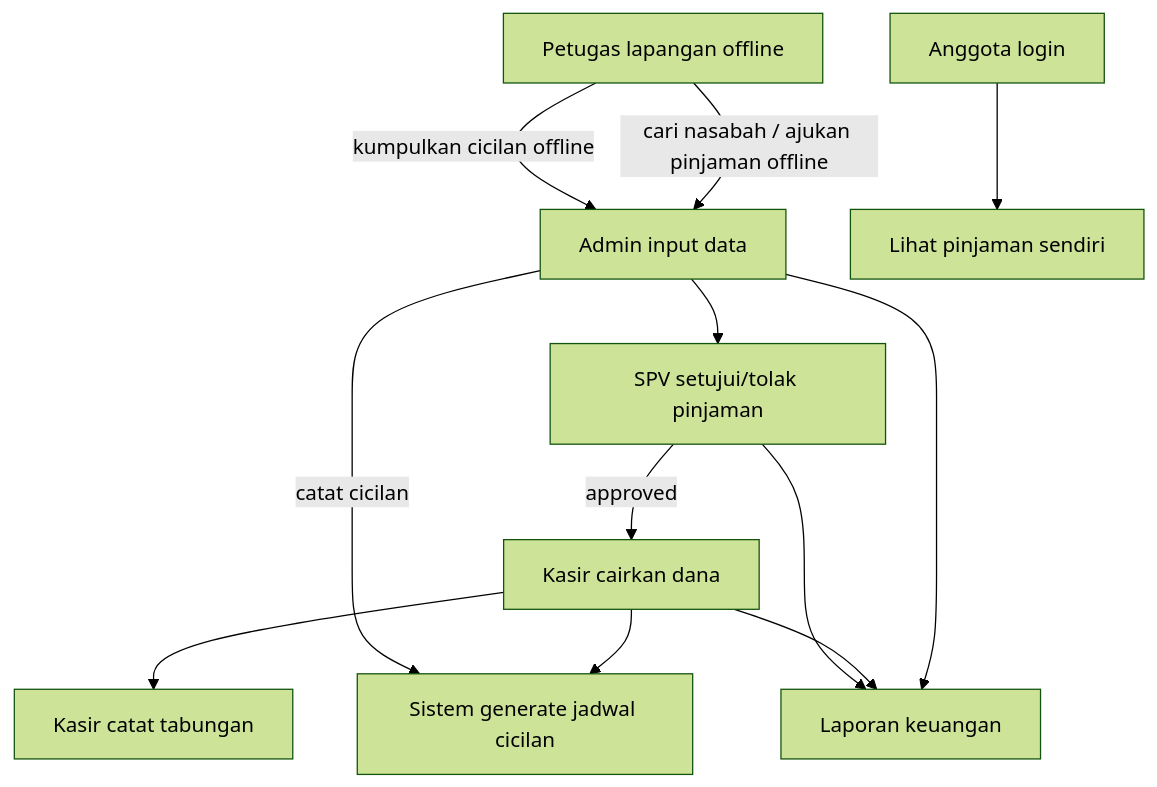
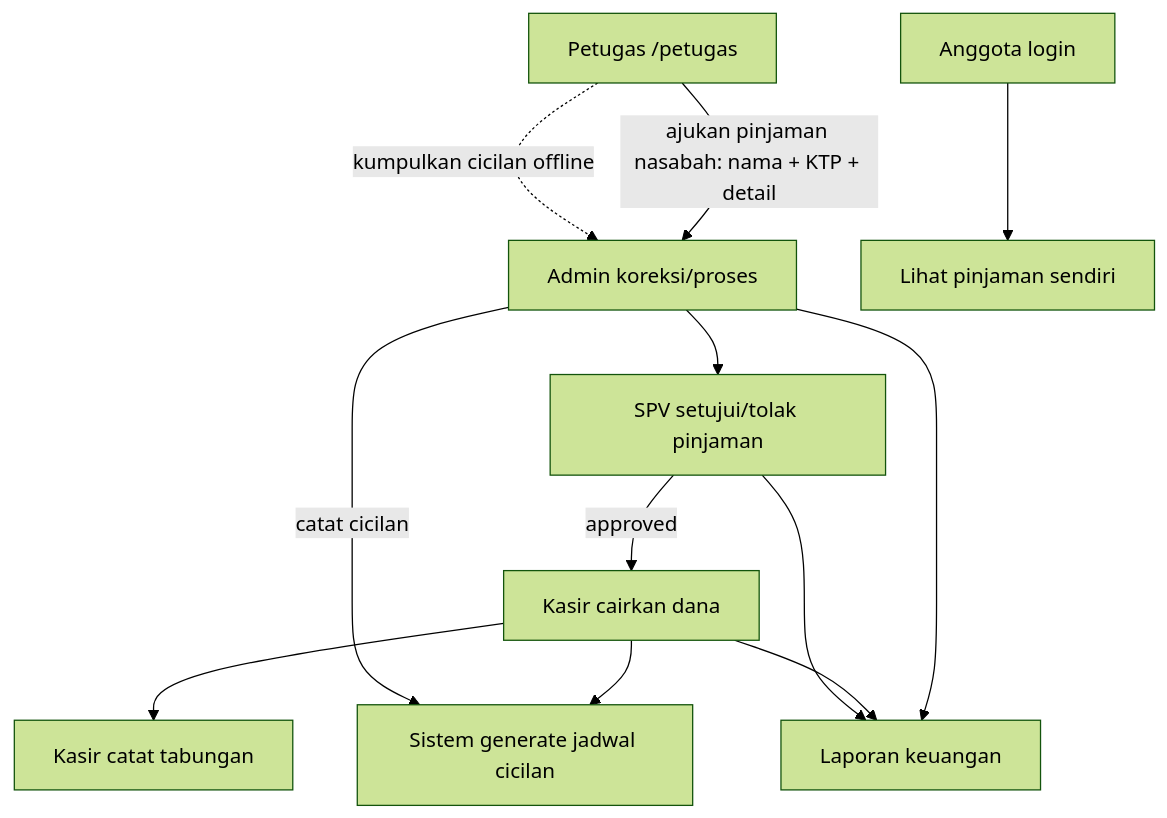
Before and after one commit to adrianakbar/karya_tantri_abadi: the diagram in DESKRIPSI_WEBSITE.md, drawn with Mermaid (forest theme). The commit also changed other lines of this file and 15 other files, not shown here.

First line of the commit message:
feat(petugas): panel ajukan pinjaman nasabah (nama + foto KTP), hapus input akun nasabah

````diff
--- a/DESKRIPSI_WEBSITE.md
+++ b/DESKRIPSI_WEBSITE.md
@@ -157,14 +156,14 @@
 ```mermaid
 flowchart TD
-    P[Petugas lapangan offline] -->|cari nasabah / ajukan pinjaman offline| A[Admin input data]
-    P -->|kumpulkan cicilan offline| A
+    P[Petugas /petugas] -->|ajukan pinjaman nasabah: nama + KTP + detail| A[Admin koreksi/proses]
+    P -.->|kumpulkan cicilan offline| A
     A --> S[SPV setujui/tolak pinjaman]
     S -->|approved| K[Kasir cairkan dana]
     K --> J[Sistem generate jadwal cicilan]
     A -->|catat cicilan| J
     K --> T[Kasir catat tabungan]
     A --> L[Laporan keuangan]
     K --> L
     S --> L
     M[Anggota login] --> V[Lihat pinjaman sendiri]
 ```
````
